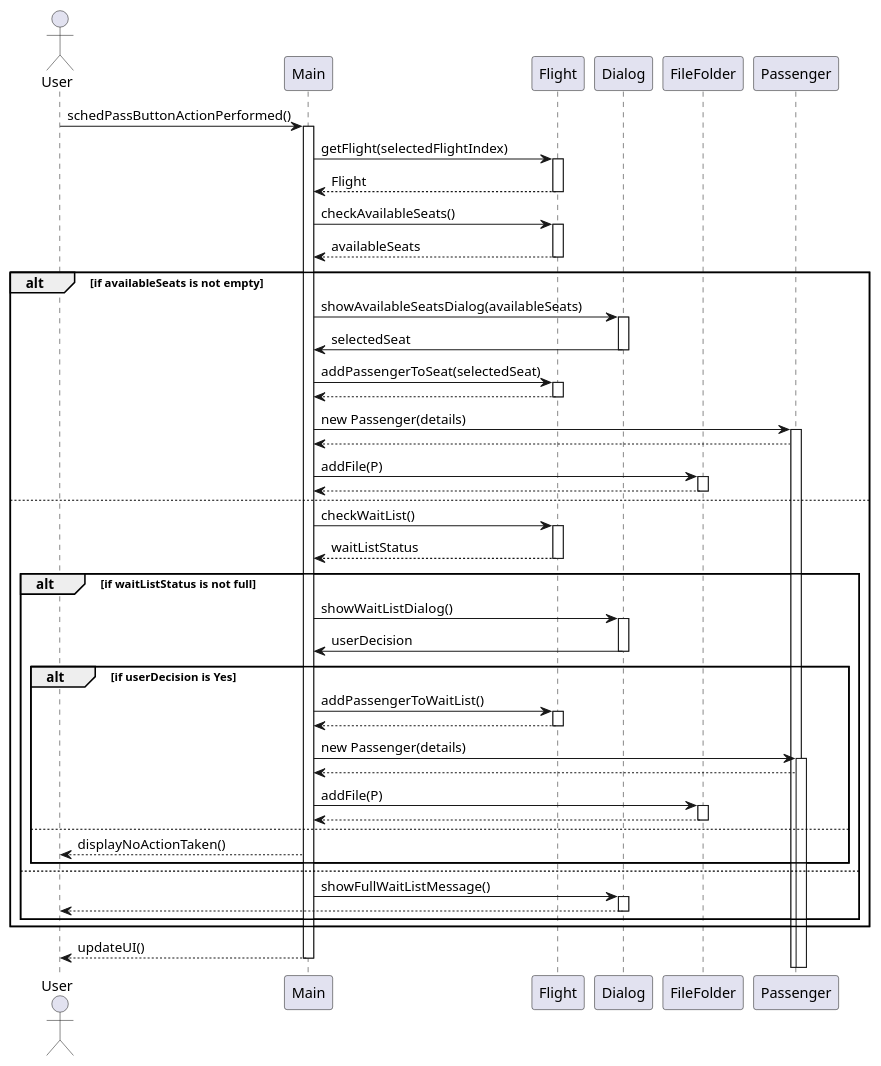
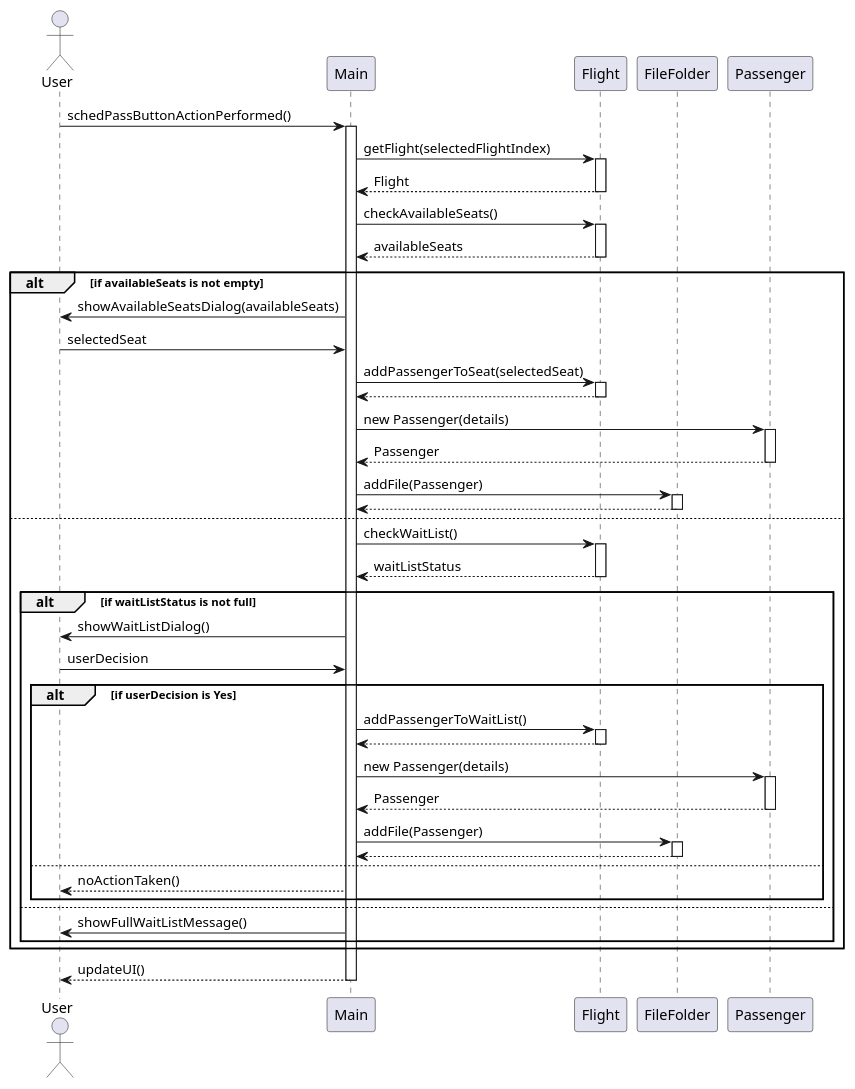
The diagram in diagrams/MainSeq_SchedPass.puml (brandon-toews/JavaProject), drawn with PlantUML before and after one commit. The commit also changed 15 other files, not shown here.

Commit message:
finished diagrams

```diff
--- a/diagrams/MainSeq_SchedPass.puml
+++ b/diagrams/MainSeq_SchedPass.puml
@@ -1,74 +1,68 @@
 @startuml
 actor User
 participant "Main" as M
 participant "Flight" as F
-participant "Dialog" as D
 participant "FileFolder" as FF
 participant "Passenger" as P
 
 User -> M : schedPassButtonActionPerformed()
 activate M
 
 M -> F : getFlight(selectedFlightIndex)
 activate F
 F --> M : Flight
 deactivate F
 
 M -> F : checkAvailableSeats()
 activate F
 F --> M : availableSeats
 deactivate F
 
 alt if availableSeats is not empty
-    M -> D : showAvailableSeatsDialog(availableSeats)
-    activate D
-    D -> M : selectedSeat
-    deactivate D
+    M -> User : showAvailableSeatsDialog(availableSeats)
+    User -> M : selectedSeat
     M -> F : addPassengerToSeat(selectedSeat)
     activate F
     F --> M
     deactivate F
     M -> P : new Passenger(details)
     activate P
-    P --> M
-    M -> FF : addFile(P)
+    P --> M : Passenger
+    deactivate P
+    M -> FF : addFile(Passenger)
     activate FF
     FF --> M
     deactivate FF
 else
     M -> F : checkWaitList()
     activate F
     F --> M : waitListStatus
     deactivate F
 
     alt if waitListStatus is not full
-        M -> D : showWaitListDialog()
-        activate D
-        D -> M : userDecision
-        deactivate D
+        M -> User : showWaitListDialog()
+        User -> M : userDecision
         alt if userDecision is Yes
             M -> F : addPassengerToWaitList()
             activate F
             F --> M
             deactivate F
             M -> P : new Passenger(details)
             activate P
-            P --> M
-            M -> FF : addFile(P)
+            P --> M : Passenger
+            deactivate P
+            M -> FF : addFile(Passenger)
             activate FF
             FF --> M
             deactivate FF
         else
-            M --> User : displayNoActionTaken()
+            M --> User : noActionTaken()
         end
     else
-        M -> D : showFullWaitListMessage()
-        activate D
-        D --> User
-        deactivate D
+        M -> User : showFullWaitListMessage()
     end
 end
 
 M --> User : updateUI()
 deactivate M
 @enduml
```
